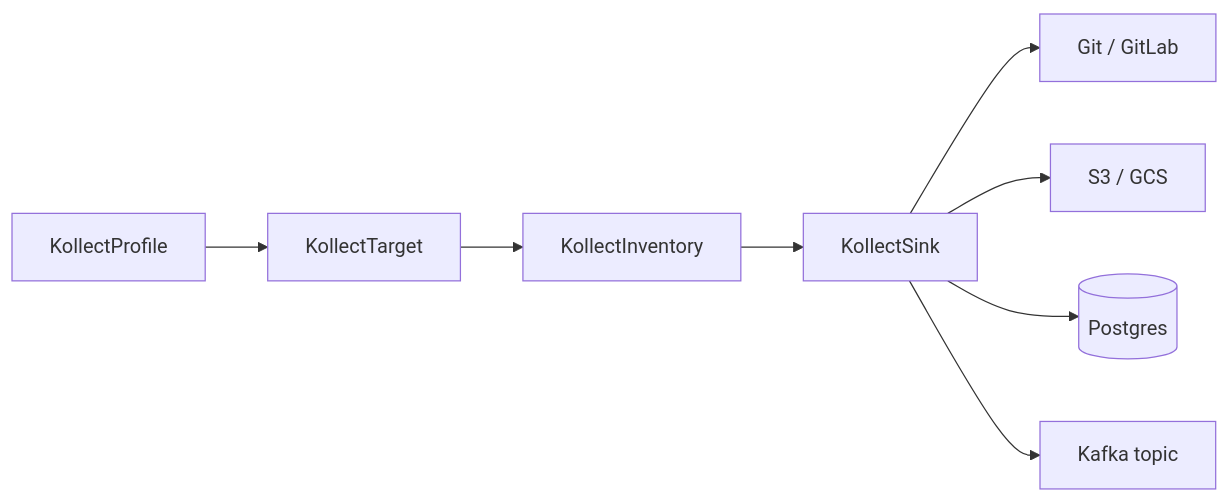
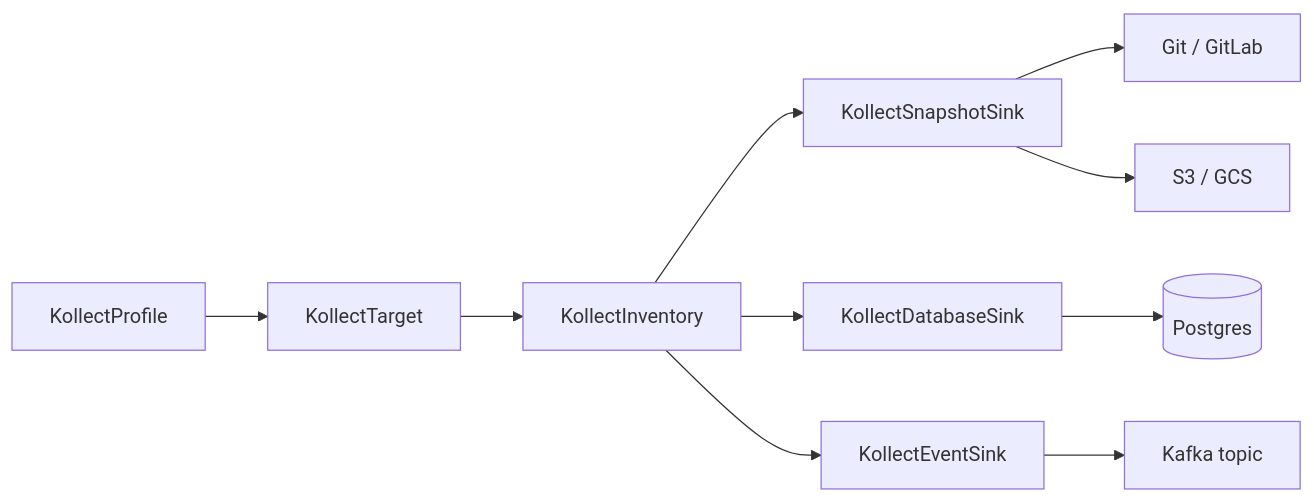
The diagram in docs/adr/0402-sink-backends-database-kafka.md (PlatformRelay/Kollect), drawn with Mermaid before and after one commit. The commit also changed other lines of this file and 6 other files, not shown here.

First line of the commit message:
:memo: docs(adr): retcon KollectSink ADRs to family sinks

````diff
--- a/docs/adr/0402-sink-backends-database-kafka.md
+++ b/docs/adr/0402-sink-backends-database-kafka.md
@@ -76,14 +77,18 @@
 ```mermaid
 flowchart LR
   Profile[KollectProfile]
   Target[KollectTarget]
   Inv[KollectInventory]
-  Sink[KollectSink]
+  Snap[KollectSnapshotSink]
+  DB[KollectDatabaseSink]
+  Evt[KollectEventSink]
   Profile --> Target
   Target --> Inv
-  Inv --> Sink
-  Sink --> Git[Git / GitLab]
-  Sink --> Obj[S3 / GCS]
-  Sink --> PG[(Postgres)]
-  Sink --> KF[Kafka topic]
+  Inv --> Snap
+  Inv --> DB
+  Inv --> Evt
+  Snap --> Git[Git / GitLab]
+  Snap --> Obj[S3 / GCS]
+  DB --> PG[(Postgres)]
+  Evt --> KF[Kafka topic]
 ```
````
